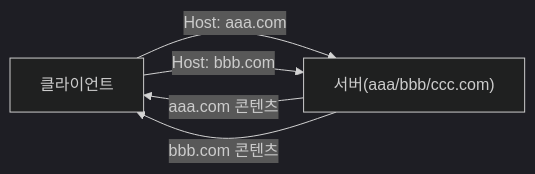
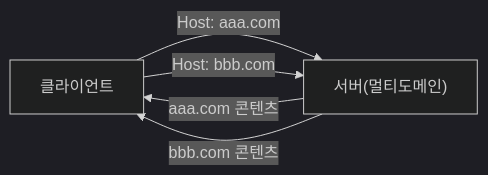
The second of 4 diagrams in _posts/http/2021-01-24-http-6.md (yjkim2015/yjkim2015.github.io), drawn with Mermaid (dark theme) before and after one commit. The commit also changed other lines of this file and 245 other files, not shown here.

First line of the commit message:
Mermaid 다이어그램 전면 수정 + 면접 포인트 접기/펼치기 + DB 데드락 페이지

````diff
--- a/_posts/http/2021-01-24-http-6.md
+++ b/_posts/http/2021-01-24-http-6.md
@@ -104,7 +104,7 @@
 ```mermaid
 graph LR
-    C["클라이언트"] -->|"Host: aaa.com"| S["서버(aaa/bbb/ccc.com)"]
+    C["클라이언트"] -->|"Host: aaa.com"| S["서버(멀티도메인)"]
     S -->|"aaa.com 콘텐츠"| C
     C -->|"Host: bbb.com"| S
     S -->|"bbb.com 콘텐츠"| C
 ```
````
